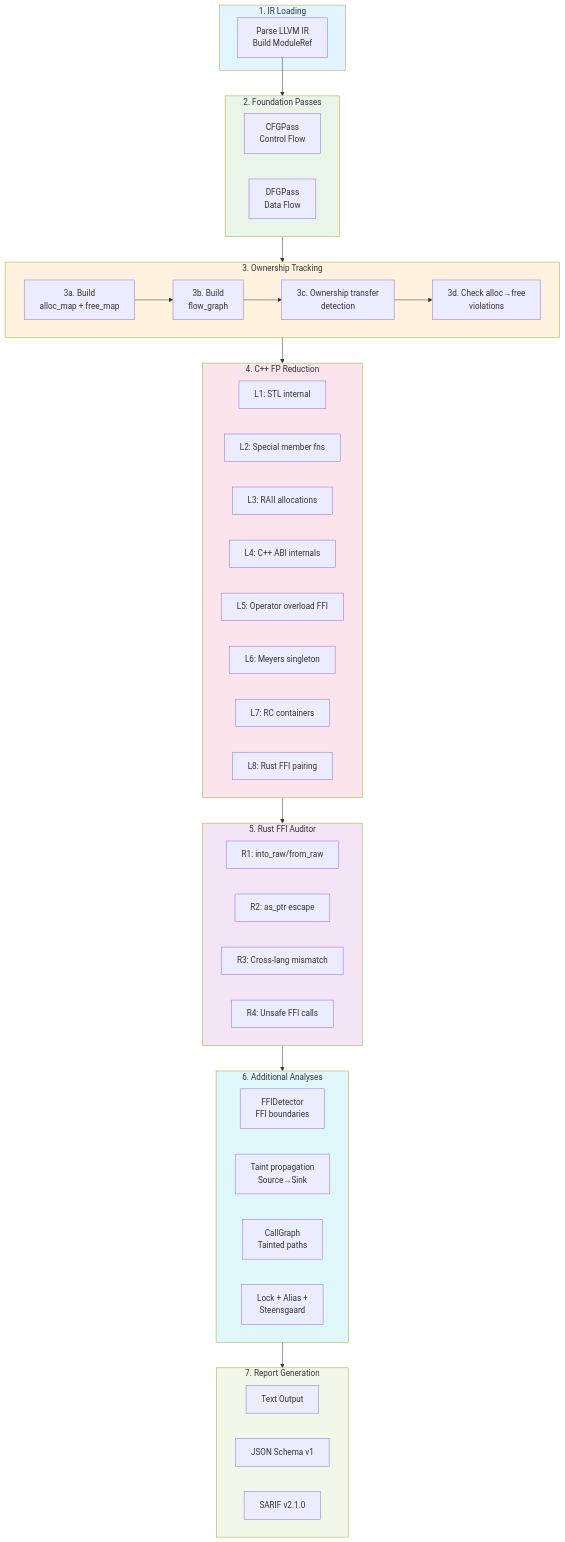
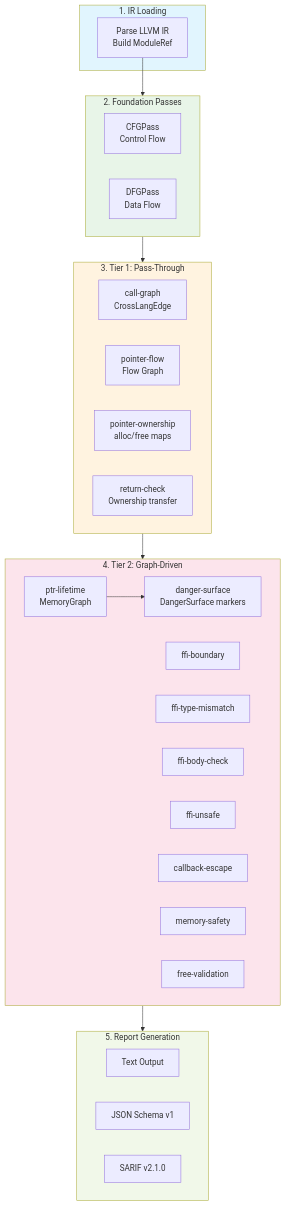
Before and after one commit to Timwood0x10/OmniScope: the fourth of 5 diagrams in docs/architecture.md, drawn with Mermaid. The commit also changed other lines of this file and 101 other files, not shown here.

````diff
--- a/docs/architecture.md
+++ b/docs/architecture.md
@@ -240,64 +335,48 @@
 ```mermaid
 flowchart TB
     subgraph P1[1. IR Loading]
         IR[Parse LLVM IR<br/>Build ModuleRef]
     end
 
     subgraph P2[2. Foundation Passes]
         CFG[CFGPass<br/>Control Flow]
         DFG[DFGPass<br/>Data Flow]
     end
 
-    subgraph P3[3. Ownership Tracking]
-        OT1[3a. Build<br/>alloc_map + free_map]
-        OT2[3b. Build<br/>flow_graph]
-        OT3[3c. Ownership transfer<br/>detection]
-        OT4[3d. Check alloc→free<br/>violations]
-        OT1 --> OT2 --> OT3 --> OT4
+    subgraph P3[3. Tier 1: Pass-Through]
+        T1CG[call-graph<br/>CrossLangEdge]
+        T1PF[pointer-flow<br/>Flow Graph]
+        T1PO[pointer-ownership<br/>alloc/free maps]
+        T1RC[return-check<br/>Ownership transfer]
+        T1CG & T1PF & T1PO & T1RC
     end
 
-    subgraph P4[4. C++ FP Reduction]
-        L1[L1: STL internal]
-        L2[L2: Special member fns]
-        L3[L3: RAII allocations]
-        L4[L4: C++ ABI internals]
-        L5[L5: Operator overload FFI]
-        L6[L6: Meyers singleton]
-        L7[L7: RC containers]
-        L8[L8: Rust FFI pairing]
-        L1 & L2 & L3 & L4 & L5 & L6 & L7 & L8
+    subgraph P4[4. Tier 2: Graph-Driven]
+        T2PL[ptr-lifetime<br/>MemoryGraph]
+        T2DS[danger-surface<br/>DangerSurface markers]
+        T2FB[ffi-boundary]
+        T2FT[ffi-type-mismatch]
+        T2FC[ffi-body-check]
+        T2FU[ffi-unsafe]
+        T2CE[callback-escape]
+        T2MS[memory-safety]
+        T2FV[free-validation]
+        T2PL --> T2DS
+        T2FB & T2FT & T2FC & T2FU & T2CE & T2MS & T2FV
     end
 
-    subgraph P5[5. Rust FFI Auditor]
-        R1[R1: into_raw/from_raw]
-        R2[R2: as_ptr escape]
-        R3[R3: Cross-lang mismatch]
-        R4[R4: Unsafe FFI calls]
-        R1 & R2 & R3 & R4
-    end
-
-    subgraph P6[6. Additional Analyses]
-        FFI[FFIDetector<br/>FFI boundaries]
-        Taint[Taint propagation<br/>Source→Sink]
-        Call[CallGraph<br/>Tainted paths]
-        Addr[Lock + Alias +<br/>Steensgaard]
-        FFI & Taint & Call & Addr
-    end
-
-    subgraph P7[7. Report Generation]
+    subgraph P5[5. Report Generation]
         Text[Text Output]
         JSON[JSON Schema v1]
         SARIF[SARIF v2.1.0]
         Text & JSON & SARIF
     end
 
-    IR --> P2 --> P3 --> P4 --> P5 --> P6 --> P7
+    IR --> P2 --> P3 --> P4 --> P5
 
     style P1 fill:#e1f5fe
     style P2 fill:#e8f5e8
     style P3 fill:#fff3e0
     style P4 fill:#fce4ec
-    style P5 fill:#f3e5f5
-    style P6 fill:#e0f7fa
-    style P7 fill:#f1f8e9
+    style P5 fill:#f1f8e9
 ```
````
